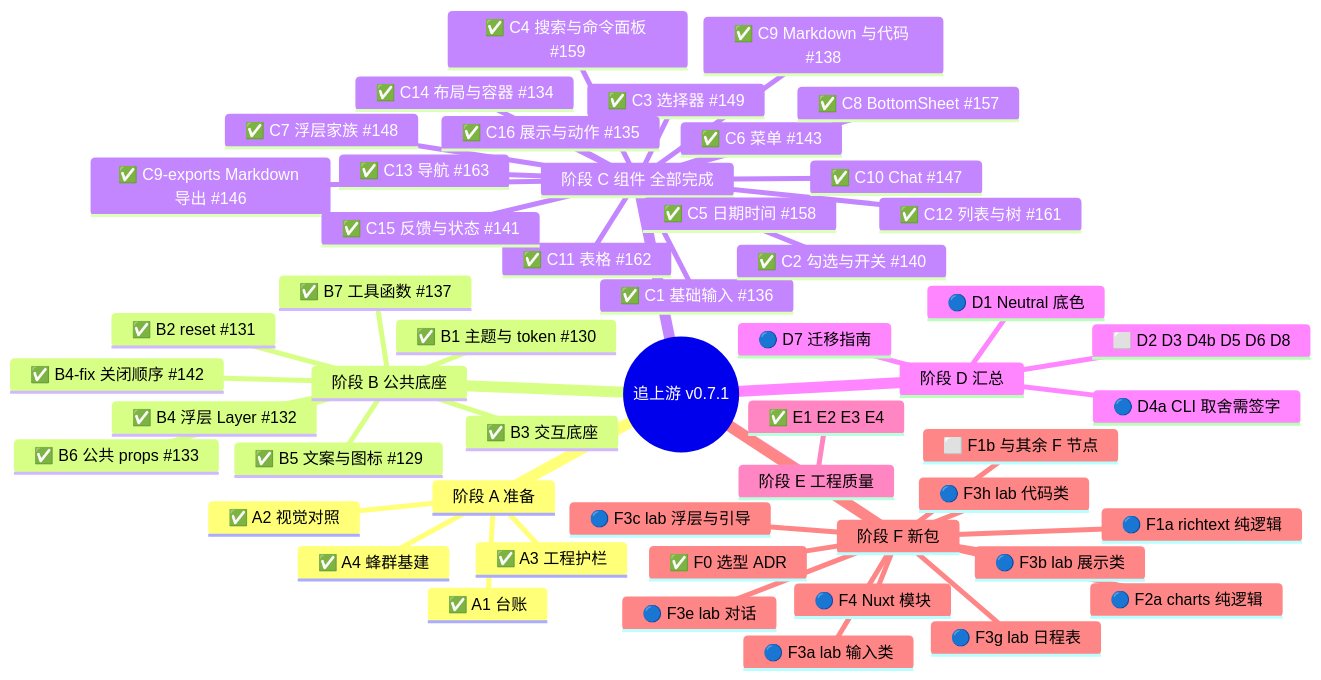
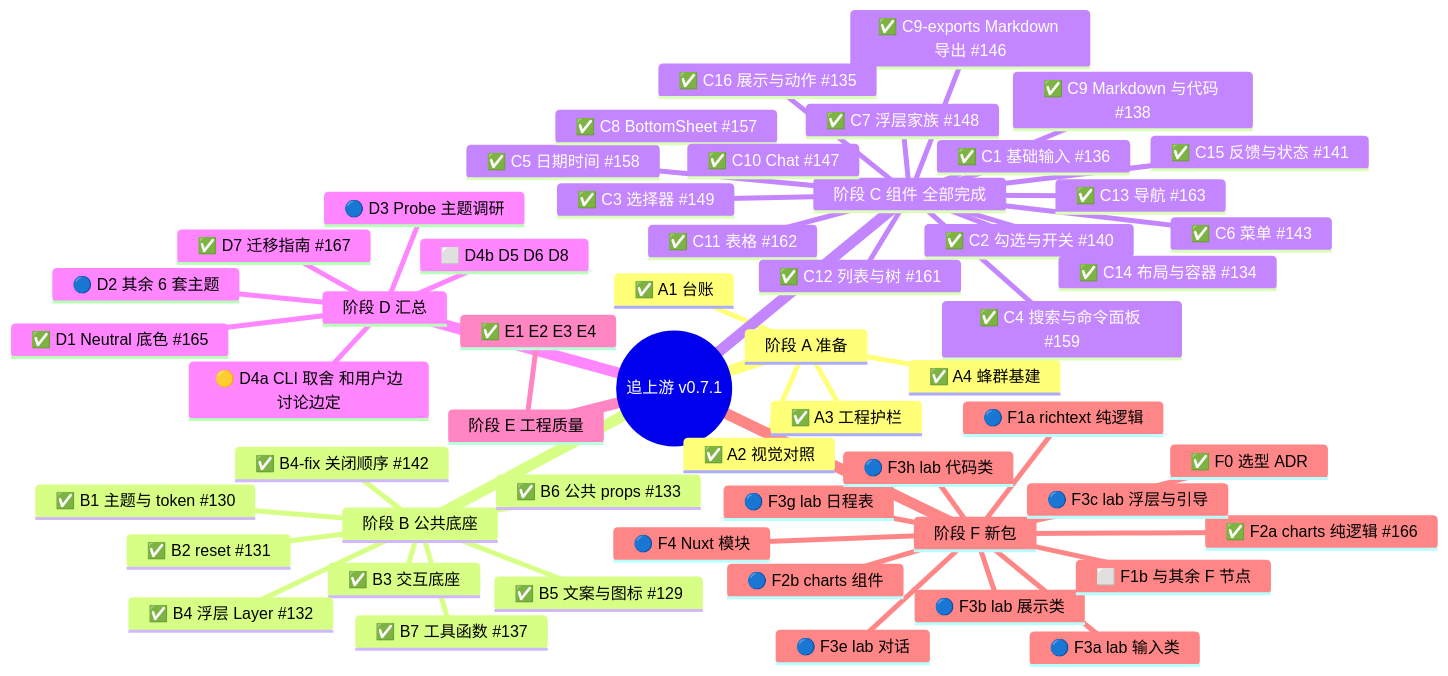
Before and after one commit to astryx-vue/astryx-vue: the diagram in .agents-work/upstream-sync-0.7.1/PR128-BODY.md, drawn with Mermaid. The commit also changed other lines of this file and 9 other files, not shown here.

````diff
--- a/.agents-work/upstream-sync-0.7.1/PR128-BODY.md
+++ b/.agents-work/upstream-sync-0.7.1/PR128-BODY.md
@@ -19,55 +19,58 @@
 ```mermaid
 mindmap
   root((追上游 v0.7.1))
     阶段 A 准备
       ✅ A1 台账
       ✅ A2 视觉对照
       ✅ A3 工程护栏
       ✅ A4 蜂群基建
     阶段 B 公共底座
       ✅ B1 主题与 token #130
       ✅ B2 reset #131
       ✅ B3 交互底座
       ✅ B4 浮层 Layer #132
       ✅ B4-fix 关闭顺序 #142
       ✅ B5 文案与图标 #129
       ✅ B6 公共 props #133
       ✅ B7 工具函数 #137
     阶段 C 组件 全部完成
       ✅ C1 基础输入 #136
       ✅ C2 勾选与开关 #140
       ✅ C3 选择器 #149
       ✅ C4 搜索与命令面板 #159
       ✅ C5 日期时间 #158
       ✅ C6 菜单 #143
       ✅ C7 浮层家族 #148
       ✅ C8 BottomSheet #157
       ✅ C9 Markdown 与代码 #138
       ✅ C9-exports Markdown 导出 #146
       ✅ C10 Chat #147
       ✅ C11 表格 #162
       ✅ C12 列表与树 #161
       ✅ C13 导航 #163
       ✅ C14 布局与容器 #134
       ✅ C15 反馈与状态 #141
       ✅ C16 展示与动作 #135
     阶段 D 汇总
-      🔵 D1 Neutral 底色
-      🔵 D4a CLI 取舍需签字
-      🔵 D7 迁移指南
-      ⬜ D2 D3 D4b D5 D6 D8
+      ✅ D1 Neutral 底色 #165
+      ✅ D7 迁移指南 #167
+      🟡 D4a CLI 取舍 和用户边讨论边定
+      🔵 D2 其余 6 套主题
+      🔵 D3 Probe 主题调研
+      ⬜ D4b D5 D6 D8
     阶段 E 工程质量
       ✅ E1 E2 E3 E4
     阶段 F 新包
       ✅ F0 选型 ADR
       🔵 F1a richtext 纯逻辑
-      🔵 F2a charts 纯逻辑
+      ✅ F2a charts 纯逻辑 #166
+      🔵 F2b charts 组件
       🔵 F3a lab 输入类
       🔵 F3b lab 展示类
       🔵 F3c lab 浮层与引导
       🔵 F3e lab 对话
       🔵 F3g lab 日程表
       🔵 F3h lab 代码类
       🔵 F4 Nuxt 模块
       ⬜ F1b 与其余 F 节点
 ```
````
